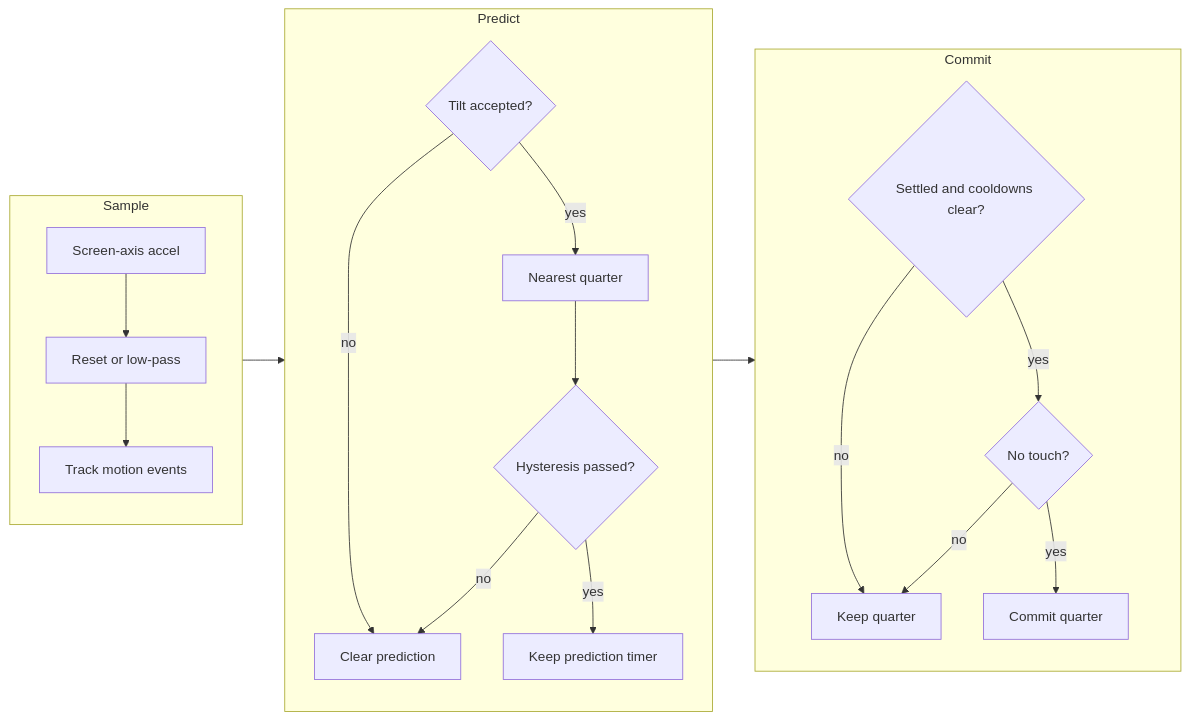
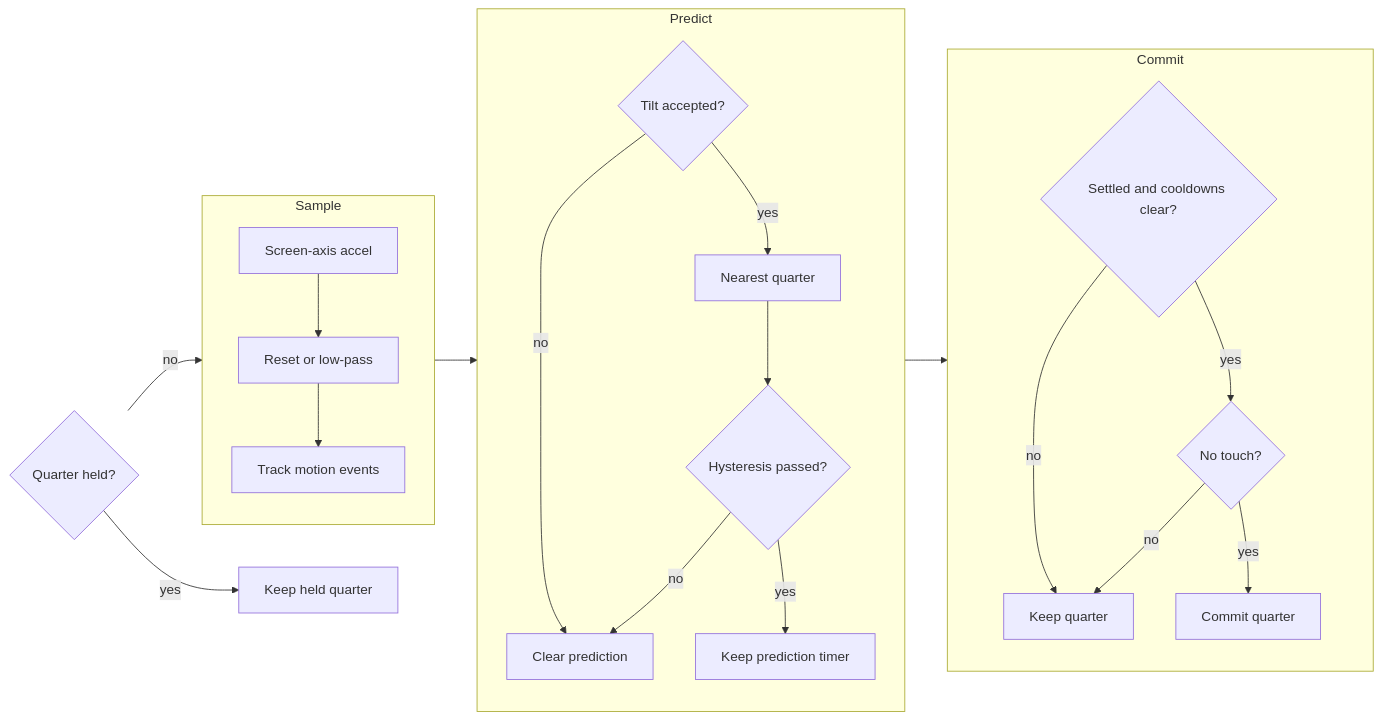
The diagram in docs/input/Orientation.md (jose-villegas/autana), drawn with Mermaid before and after one commit. The commit also changed other lines of this file and 28 other files, not shown here.

````diff
--- a/docs/input/Orientation.md
+++ b/docs/input/Orientation.md
@@ -3,24 +3,26 @@
 ```mermaid
 flowchart LR
-    subgraph Filter[Sample]
+    subgraph Sample[Sample]
         direction TB
         A[Screen-axis accel] --> B[Reset or low-pass]
         B --> C[Track motion events]
     end
     subgraph Predict[Predict]
         direction TB
         D{Tilt accepted?} -->|yes| F[Nearest quarter]
         F --> K{Hysteresis passed?}
         D -->|no| E[Clear prediction]
         K -->|no| E
         K -->|yes| L[Keep prediction timer]
     end
     subgraph Commit[Commit]
         direction TB
         G{Settled and cooldowns clear?} -->|yes| I{No touch?}
         G -->|no| H[Keep quarter]
         I -->|no| H
         I -->|yes| J[Commit quarter]
     end
-    Filter --> Predict --> Commit
+    Hold{Quarter held?} -->|no| Sample
+    Hold -->|yes| Held[Keep held quarter]
+    Sample --> Predict --> Commit
 ```
````
